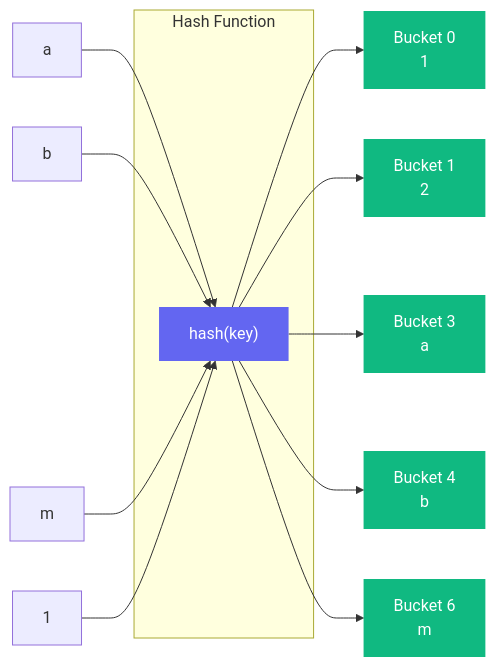
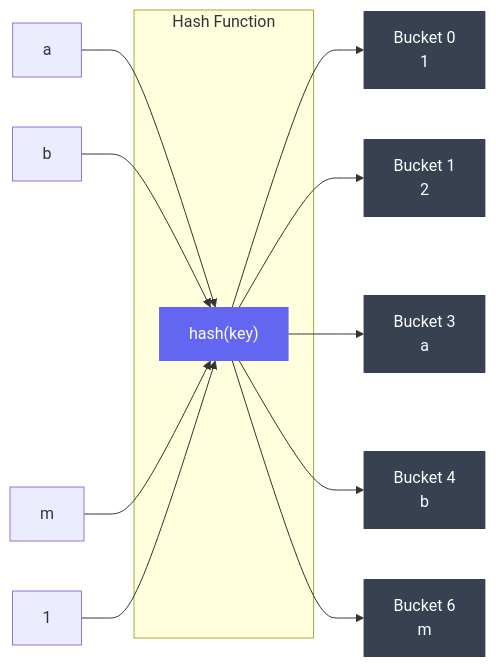
One commit to ashwingopalsamy/site changed the first of 2 diagrams in content/writing/notes/go-maps-iteration-order.md. Above: the diagram before and after it, drawn with Mermaid. The commit also changed other lines of this file and 26 other files, not shown here.

```diff
--- a/content/writing/notes/go-maps-iteration-order.md
+++ b/content/writing/notes/go-maps-iteration-order.md
@@ -30,21 +30,21 @@
 {{< mermaid >}}
 graph LR
     subgraph "Hash Function"
         H["hash(key)"]
     end
     K1["a"] --> H
     K2["b"] --> H
     K3["m"] --> H
     K4["1"] --> H
     H --> B0["Bucket 0<br/>1"]
     H --> B1["Bucket 1<br/>2"]
     H --> B3["Bucket 3<br/>a"]
     H --> B4["Bucket 4<br/>b"]
     H --> B6["Bucket 6<br/>m"]
     style H fill:#6366f1,color:#fff,stroke:none
-    style B0 fill:#10b981,color:#fff,stroke:none
-    style B1 fill:#10b981,color:#fff,stroke:none
-    style B3 fill:#10b981,color:#fff,stroke:none
-    style B4 fill:#10b981,color:#fff,stroke:none
-    style B6 fill:#10b981,color:#fff,stroke:none
+    style B0 fill:#374151,color:#fff,stroke:none
+    style B1 fill:#374151,color:#fff,stroke:none
+    style B3 fill:#374151,color:#fff,stroke:none
+    style B4 fill:#374151,color:#fff,stroke:none
+    style B6 fill:#374151,color:#fff,stroke:none
 {{< /mermaid >}}
```
